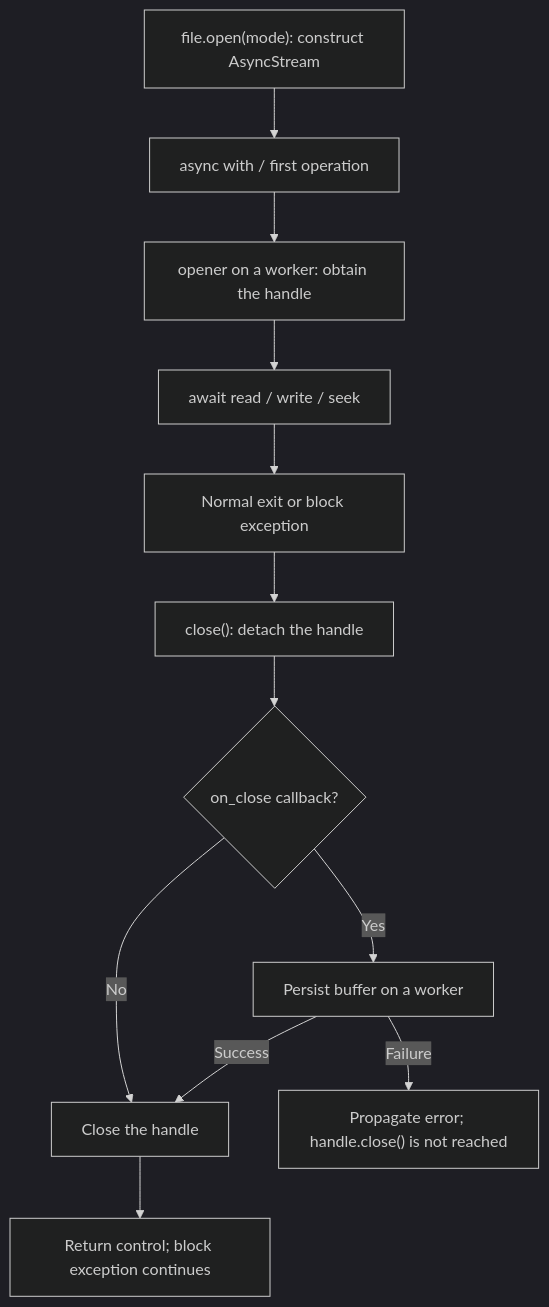
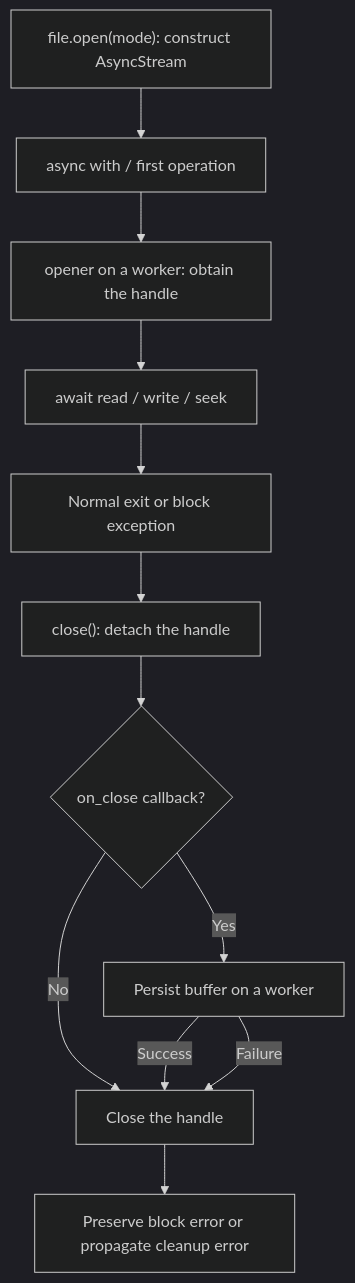
The diagram in src/content/docs/en/storage/temporary-files-and-contexts.md (orionis-framework/docs), drawn with Mermaid (dark theme) before and after one commit. The commit also changed other lines of this file and 254 other files, not shown here.

````diff
--- a/src/content/docs/en/storage/temporary-files-and-contexts.md
+++ b/src/content/docs/en/storage/temporary-files-and-contexts.md
@@ -47,14 +47,14 @@
 ```mermaid
 flowchart TD
     A["file.open(mode): construct AsyncStream"] --> B["async with / first operation"]
     B --> C["opener on a worker: obtain the handle"]
     C --> D["await read / write / seek"]
     D --> E["Normal exit or block exception"]
     E --> F["close(): detach the handle"]
     F --> G{"on_close callback?"}
     G -->|No| H["Close the handle"]
     G -->|Yes| I["Persist buffer on a worker"]
     I -->|Success| H
-    I -->|Failure| J["Propagate error; handle.close() is not reached"]
-    H --> K["Return control; block exception continues"]
+    I -->|Failure| H
+    H --> K["Preserve block error or propagate cleanup error"]
 ```
````
